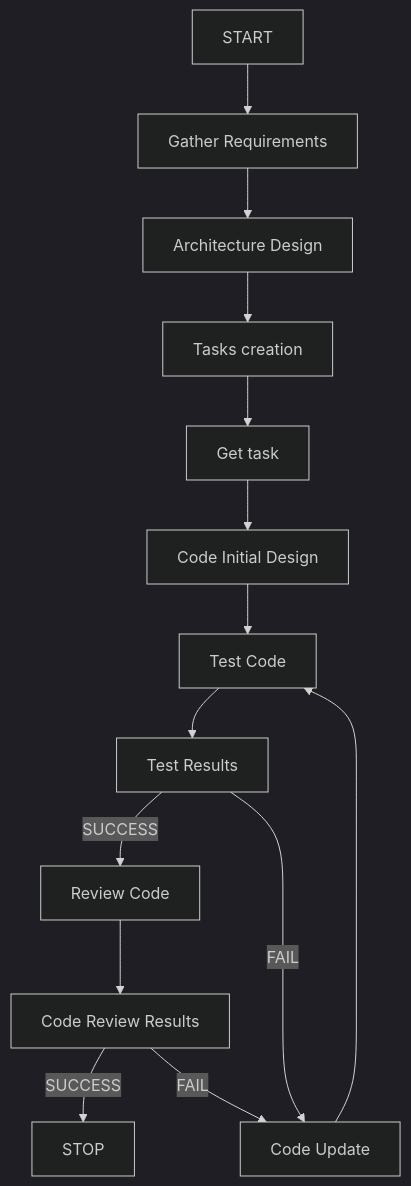
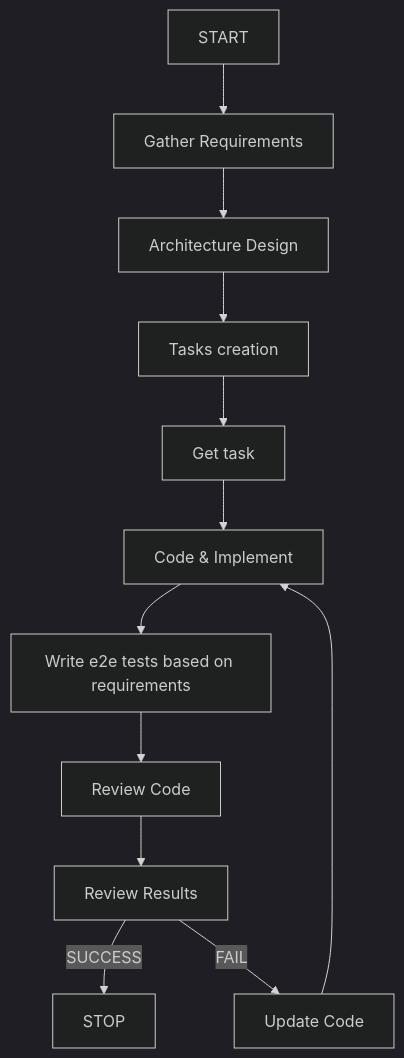
The diagram in src/orchestrator/memory/project_states.md (Moonsong-Labs/ai-nexus), drawn with Mermaid (dark theme) before and after one commit. The commit also changed other lines of this file and 2 other files, not shown here.

Commit message:
Tester tests requirements not code

````diff
--- a/src/orchestrator/memory/project_states.md
+++ b/src/orchestrator/memory/project_states.md
@@ -15,16 +14,14 @@
 ```mermaid
 graph TD;
     START --> RQ[Gather Requirements];
     RQ --> AR[Architecture Design];
     AR --> TM[Tasks creation];
     TM --> GT[Get task];
-    GT --> CI[Code Initial Design]
-    CI --> TS[Test Code];
-    TS --> TR[Test Results];
-    TR --> |SUCCESS| RW[Review Code];
-    TR --> |FAIL| CU[Code Update];
-    CU --> TS;
-    RW --> RR[Code Review Results];
+    GT --> CI[Code & Implement];
+    CI --> TS[Write e2e tests based on requirements];
+    TS --> RW[Review Code];
+    RW --> RR[Review Results];
     RR --> |SUCCESS| STOP;
-    RR --> |FAIL| CU[Code Update];
+    RR --> |FAIL| CU[Update Code];
+    CU --> CI;
 ```
````
